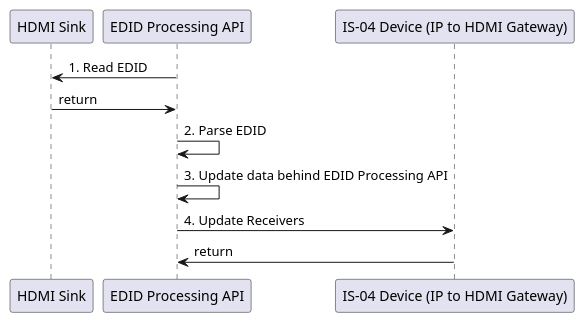
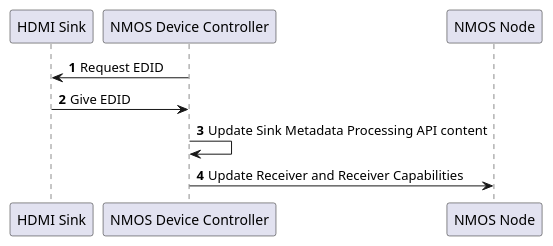
One commit to AMWA-TV/bcp-005-01 changed the diagram in docs/images/puml/decoder_setup.puml. Above: the diagram before and after it, drawn with PlantUML. The commit also changed 19 other files, not shown here.

First line of the commit message:
Update language in Architecture document (#45)

```diff
--- a/docs/images/puml/decoder_setup.puml
+++ b/docs/images/puml/decoder_setup.puml
@@ -1,12 +1,12 @@
 @startuml
+autonumber
+
 participant "HDMI Sink"
-participant "EDID Processing API"
-participant "IS-04 Device (IP to HDMI Gateway)"
+participant "NMOS Device Controller"
+participant "NMOS Node"
 
-"HDMI Sink" <- "EDID Processing API": 1. Read EDID
-"HDMI Sink" -> "EDID Processing API": return
-"EDID Processing API" -> "EDID Processing API": 2. Parse EDID
-"EDID Processing API" -> "EDID Processing API": 3. Update data behind EDID Processing API
-"IS-04 Device (IP to HDMI Gateway)" <- "EDID Processing API": 4. Update Receivers
-"IS-04 Device (IP to HDMI Gateway)" -> "EDID Processing API": return
+"HDMI Sink" <- "NMOS Device Controller": Request EDID
+"HDMI Sink" -> "NMOS Device Controller": Give EDID
+"NMOS Device Controller" -> "NMOS Device Controller": Update Sink Metadata Processing API content
+"NMOS Node" <- "NMOS Device Controller": Update Receiver and Receiver Capabilities
 @enduml
```
